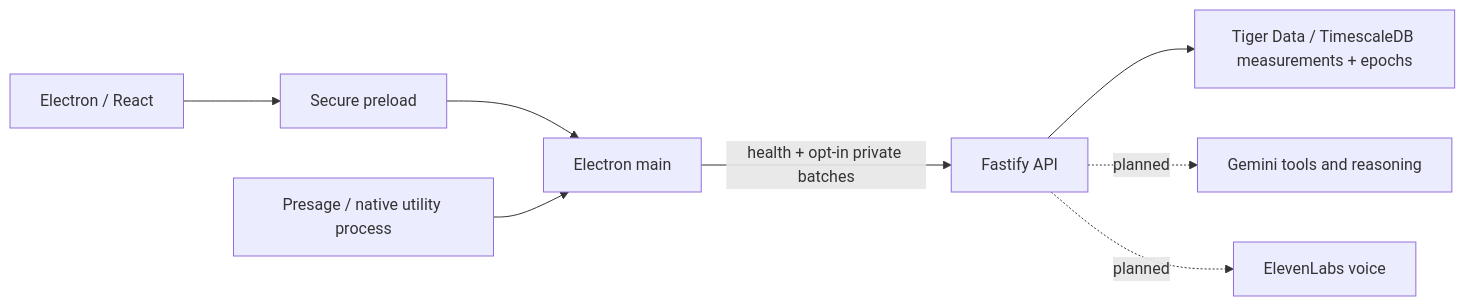
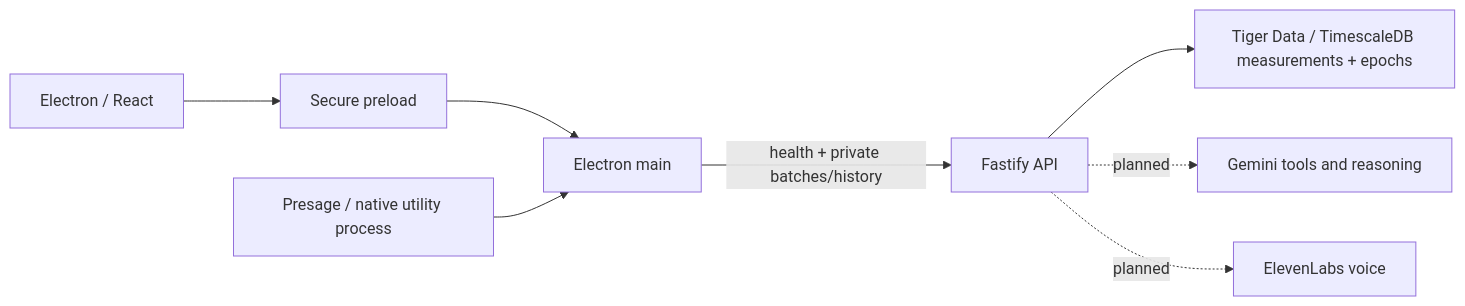
Before and after one commit to Jeffjone/TrueIris: the diagram in README.md, drawn with Mermaid. The commit also changed other lines of this file and 36 other files, not shown here.

Commit message:
feat(timeline): add interactive Today history and period details

````diff
--- a/README.md
+++ b/README.md
@@ -9,10 +9,10 @@
 ```mermaid
 flowchart LR
   UI[Electron / React] --> PRELOAD[Secure preload]
   PRELOAD --> MAIN[Electron main]
-  MAIN -->|health + opt-in private batches| API[Fastify API]
+  MAIN -->|health + private batches/history| API[Fastify API]
   API --> DB[Tiger Data / TimescaleDB measurements + epochs]
   API -. planned .-> AI[Gemini tools and reasoning]
   API -. planned .-> VOICE[ElevenLabs voice]
   SENSOR[Presage / native utility process] --> MAIN
 ```
````
